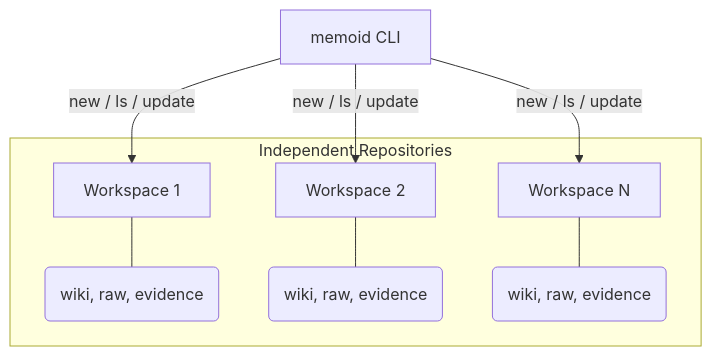
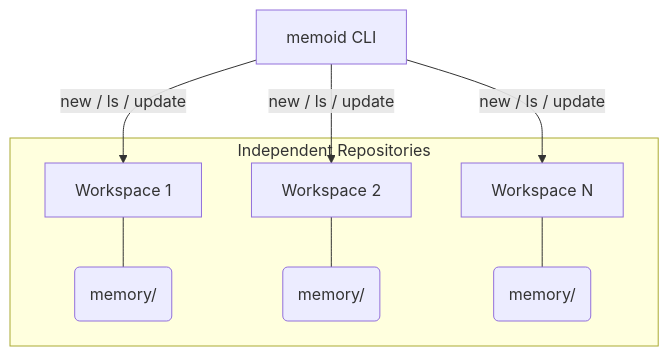
One commit to latentarts/memoid changed the second of 6 diagrams in README.md. Above: the diagram before and after it, drawn with Mermaid. The commit also changed other lines of this file and 32 other files, not shown here.

Commit message:
refactor: consolidate all user data (wiki, agents, raw, evidence) into a single 'memory/' directory

````diff
--- a/README.md
+++ b/README.md
@@ -56,17 +50,17 @@
 ```mermaid
 graph TD
     CLI[memoid CLI]
     WS1[Workspace 1]
     WS2[Workspace 2]
     WSN[Workspace N]
 
     CLI -- "new / ls / update" --> WS1
     CLI -- "new / ls / update" --> WS2
     CLI -- "new / ls / update" --> WSN
 
     subgraph "Independent Repositories"
-    WS1 --- D1(wiki, raw, evidence)
-    WS2 --- D2(wiki, raw, evidence)
-    WSN --- DN(wiki, raw, evidence)
+    WS1 --- D1(memory/)
+    WS2 --- D2(memory/)
+    WSN --- DN(memory/)
     end
 ```
````
